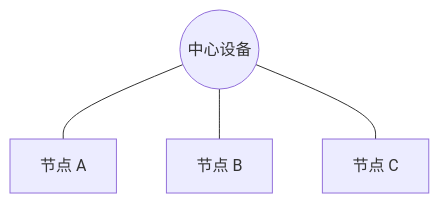
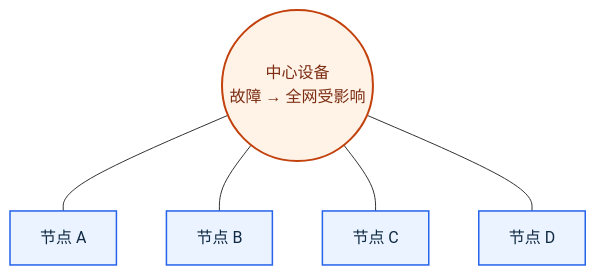
The second of 5 diagrams in 01_综合知识/01_计算机系统基础知识/03_计算机网络/08_网络工程与组网/网络拓扑结构.md (74262195/system-architect-notes), drawn with Mermaid before and after one commit. The commit also changed other lines of this file, not shown here.

````diff
--- a/01_综合知识/01_计算机系统基础知识/03_计算机网络/08_网络工程与组网/网络拓扑结构.md
+++ b/01_综合知识/01_计算机系统基础知识/03_计算机网络/08_网络工程与组网/网络拓扑结构.md
@@ -60,7 +70,13 @@
 ```mermaid
+%%{init: {'theme':'base','themeVariables':{'primaryColor':'#EAF3FF','primaryTextColor':'#102A43','primaryBorderColor':'#2563EB','lineColor':'#475569','fontFamily':'-apple-system, BlinkMacSystemFont, "Segoe UI", sans-serif'}}}%%
 flowchart TB
-    C((中心设备))
-    C --- A[节点 A]
-    C --- B[节点 B]
-    C --- D[节点 C]
+    HUB((中心设备<br/>故障 → 全网受影响))
+    HUB --- A[节点 A]
+    HUB --- B[节点 B]
+    HUB --- C[节点 C]
+    HUB --- D[节点 D]
+    classDef node fill:#EAF3FF,stroke:#2563EB,color:#102A43,stroke-width:1.5px
+    classDef critical fill:#FFF3E8,stroke:#C2410C,color:#7C2D12,stroke-width:2px
+    class A,B,C,D node
+    class HUB critical
 ```
````
